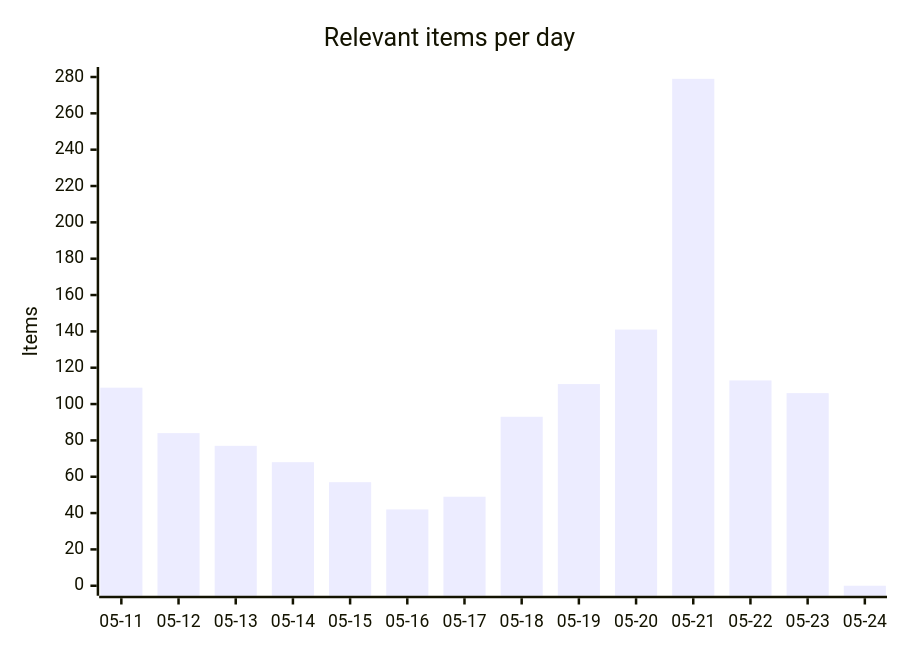
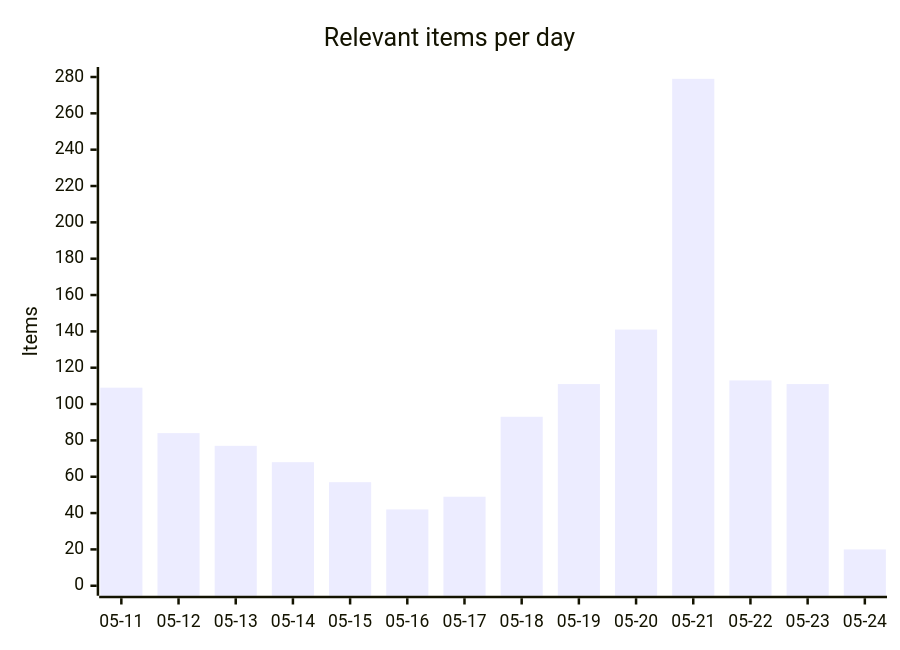
Before and after one commit to martinbalfanz/social-scanner-reports: the first of 4 diagrams in README.md, drawn with Mermaid. The commit also changed other lines of this file and 4 other files, not shown here.

````diff
--- a/README.md
+++ b/README.md
@@ -30,7 +30,7 @@
 ```mermaid
 xychart-beta
     title "Relevant items per day"
     x-axis ["05-11", "05-12", "05-13", "05-14", "05-15", "05-16", "05-17", "05-18", "05-19", "05-20", "05-21", "05-22", "05-23", "05-24"]
     y-axis "Items" 0 --> 280
-    bar [109, 84, 77, 68, 57, 42, 49, 93, 111, 141, 279, 113, 106, 0]
+    bar [109, 84, 77, 68, 57, 42, 49, 93, 111, 141, 279, 113, 111, 20]
 ```
````
